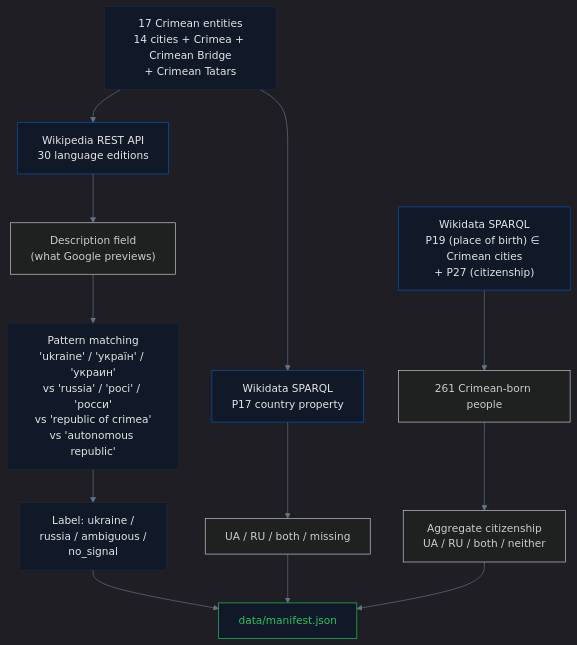
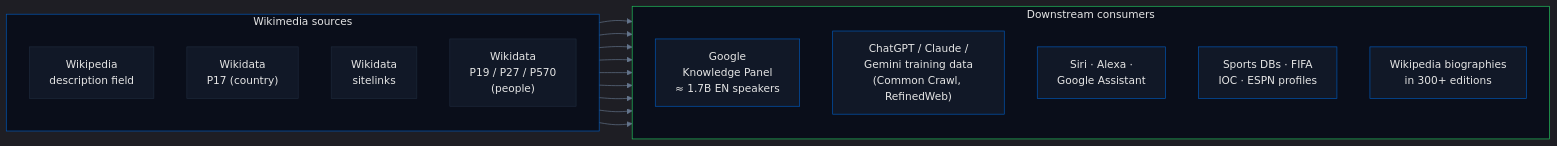
One commit to IvanDobrovolsky/crimeaisukraine changed the first of 2 diagrams in pipelines/wikipedia/README.md. Above: the diagram before and after it, drawn with Mermaid. The commit also changed other lines of this file and 6 other files, not shown here.

````diff
--- a/pipelines/wikipedia/README.md
+++ b/pipelines/wikipedia/README.md
@@ -37,26 +11,42 @@
 ```mermaid
 %%{init: {'theme': 'dark', 'themeVariables': {'primaryColor': '#0057b7', 'primaryTextColor': '#e5e5e5', 'lineColor': '#64748b', 'primaryBorderColor': '#1e293b'}}}%%
-graph TB
-    A["17 Crimean entities<br/>14 cities + Crimea + Crimean Bridge<br/>+ Crimean Tatars"] --> B["Wikipedia REST API<br/>30 language editions"]
-    B --> C["Description field<br/>(what Google previews)"]
-    C --> D["Pattern matching<br/>'ukraine' / 'україн' / 'украин'<br/>vs 'russia' / 'росі' / 'росси'<br/>vs 'republic of crimea'<br/>vs 'autonomous republic'"]
-    D --> E["Label: ukraine /<br/>russia / ambiguous /<br/>no_signal"]
+flowchart LR
+    subgraph SRC["Wikimedia sources"]
+        direction TB
+        WP["Wikipedia<br/>description field"]
+        WD_P17["Wikidata<br/>P17 (country)"]
+        WD_SL["Wikidata<br/>sitelinks"]
+        WD_P27["Wikidata<br/>P19 / P27 / P570<br/>(people)"]
+    end
 
-    A --> F["Wikidata SPARQL<br/>P17 country property"]
-    F --> G["UA / RU / both / missing"]
+    subgraph CONSUMERS["Downstream consumers"]
+        direction TB
+        GKP["Google<br/>Knowledge Panel<br/>≈ 1.7B EN speakers"]
+        CHAT["ChatGPT / Claude /<br/>Gemini training data<br/>(Common Crawl, RefinedWeb)"]
+        VOICE["Siri · Alexa ·<br/>Google Assistant"]
+        SPORTS["Sports DBs · FIFA<br/>IOC · ESPN profiles"]
+        BIO["Wikipedia biographies<br/>in 300+ editions"]
+    end
 
-    H["Wikidata SPARQL<br/>P19 (place of birth) ∈ Crimean cities<br/>+ P27 (citizenship)"] --> I["261 Crimean-born people"]
-    I --> J["Aggregate citizenship<br/>UA / RU / both / neither"]
+    WP --> GKP
+    WP --> CHAT
+    WD_P17 --> GKP
+    WD_P17 --> CHAT
+    WD_P17 --> VOICE
+    WD_SL --> BIO
+    WD_P27 --> SPORTS
+    WD_P27 --> BIO
+    WD_P27 --> CHAT
 
-    E --> K["data/manifest.json"]
-    G --> K
-    J --> K
-
-    style A fill:#111827,stroke:#1e293b,color:#e5e5e5
-    style B fill:#111827,stroke:#0057b7,color:#e5e5e5
-    style F fill:#111827,stroke:#0057b7,color:#e5e5e5
-    style H fill:#111827,stroke:#0057b7,color:#e5e5e5
-    style D fill:#111827,stroke:#1e293b,color:#e5e5e5
-    style E fill:#111827,stroke:#1e293b,color:#e5e5e5
-    style K fill:#111827,stroke:#22c55e,color:#22c55e
+    style SRC fill:#0a0e1a,stroke:#0057b7,color:#e5e5e5
+    style CONSUMERS fill:#0a0e1a,stroke:#22c55e,color:#e5e5e5
+    style WP fill:#111827,stroke:#1e293b,color:#e5e5e5
+    style WD_P17 fill:#111827,stroke:#1e293b,color:#e5e5e5
+    style WD_SL fill:#111827,stroke:#1e293b,color:#e5e5e5
+    style WD_P27 fill:#111827,stroke:#1e293b,color:#e5e5e5
+    style GKP fill:#111827,stroke:#0057b7,color:#e5e5e5
+    style CHAT fill:#111827,stroke:#0057b7,color:#e5e5e5
+    style VOICE fill:#111827,stroke:#0057b7,color:#e5e5e5
+    style SPORTS fill:#111827,stroke:#0057b7,color:#e5e5e5
+    style BIO fill:#111827,stroke:#0057b7,color:#e5e5e5
 ```
````
